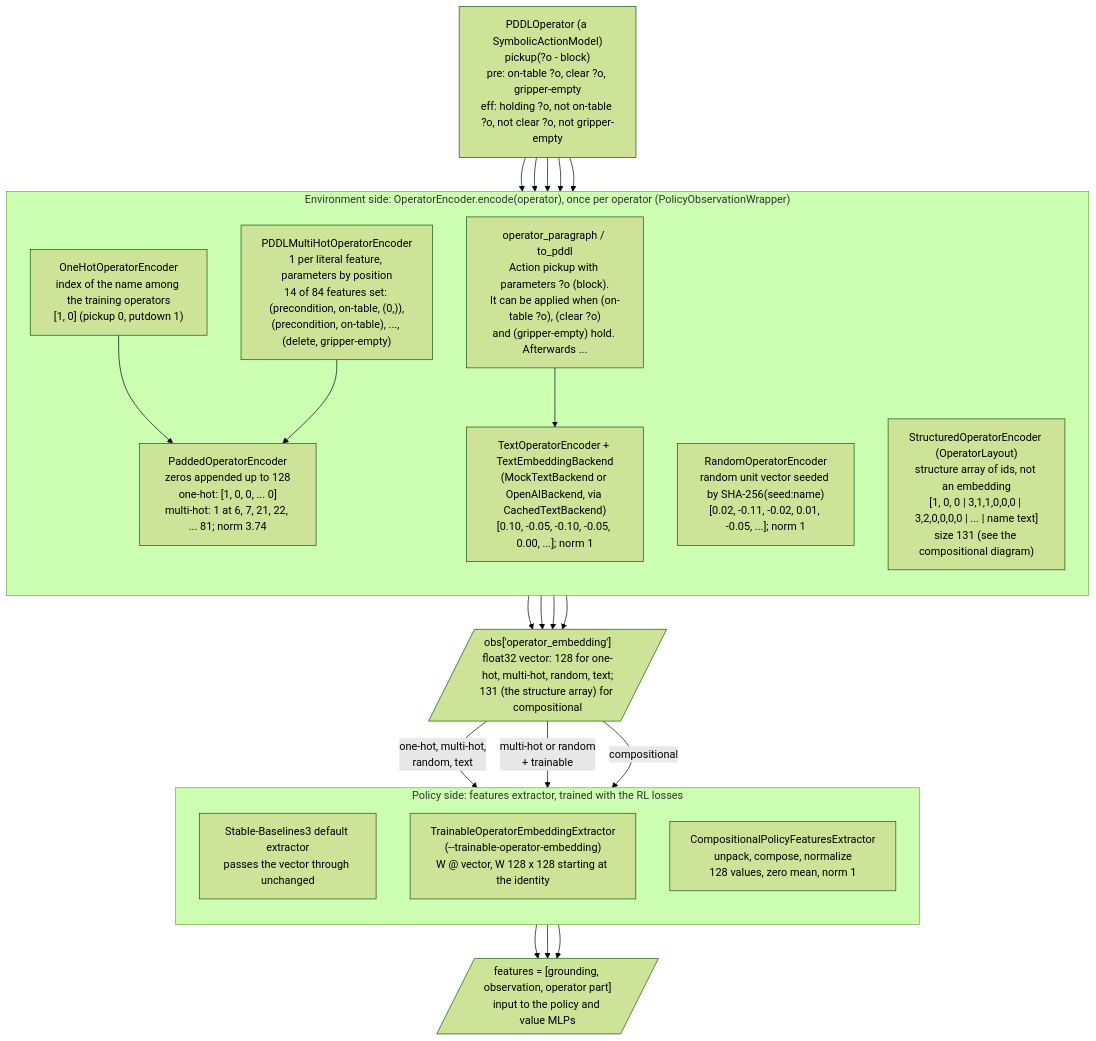
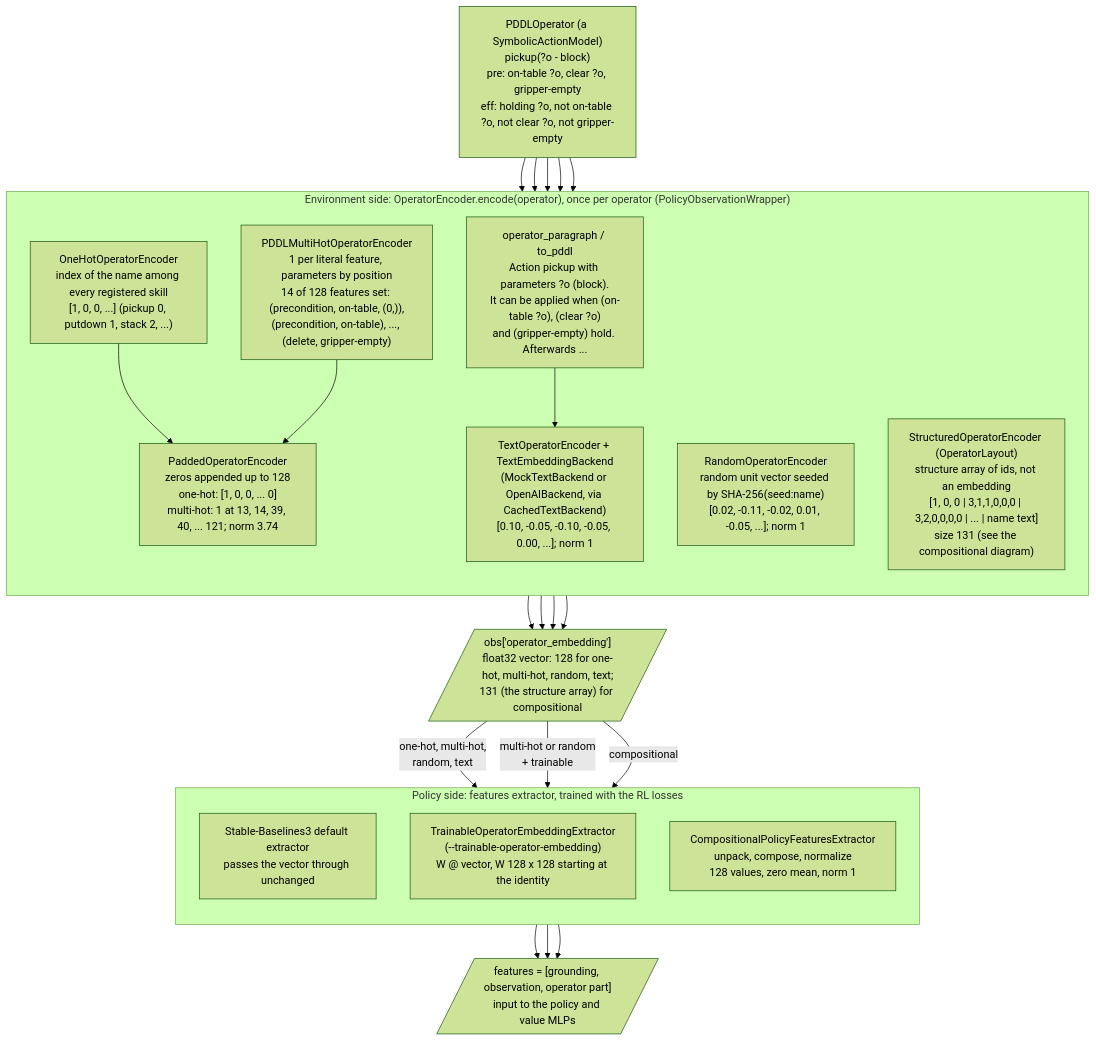
The first of 2 diagrams in docs/operator_embeddings.md (carwyn987/compositional_action_models), drawn with Mermaid (forest theme) before and after one commit. The commit also changed other lines of this file and 23 other files, not shown here.

````diff
--- a/docs/operator_embeddings.md
+++ b/docs/operator_embeddings.md
@@ -23,42 +23,42 @@
 ```mermaid
 flowchart TB
     op["PDDLOperator (a SymbolicActionModel)<br/>pickup(?o - block)<br/>pre: on-table ?o, clear ?o, gripper-empty<br/>eff: holding ?o, not on-table ?o, not clear ?o, not gripper-empty"]
 
     subgraph env["Environment side: OperatorEncoder.encode(operator), once per operator (PolicyObservationWrapper)"]
         direction TB
-        onehot["OneHotOperatorEncoder<br/>index of the name among the training operators<br/>[1, 0] (pickup 0, putdown 1)"]
-        multihot["PDDLMultiHotOperatorEncoder<br/>1 per literal feature, parameters by position<br/>14 of 84 features set: (precondition, on-table, (0,)),<br/>(precondition, on-table), ..., (delete, gripper-empty)"]
-        pad["PaddedOperatorEncoder<br/>zeros appended up to 128<br/>one-hot: [1, 0, 0, ... 0]<br/>multi-hot: 1 at 6, 7, 21, 22, ... 81; norm 3.74"]
+        onehot["OneHotOperatorEncoder<br/>index of the name among every registered skill<br/>[1, 0, 0, ...] (pickup 0, putdown 1, stack 2, ...)"]
+        multihot["PDDLMultiHotOperatorEncoder<br/>1 per literal feature, parameters by position<br/>14 of 128 features set: (precondition, on-table, (0,)),<br/>(precondition, on-table), ..., (delete, gripper-empty)"]
+        pad["PaddedOperatorEncoder<br/>zeros appended up to 128<br/>one-hot: [1, 0, 0, ... 0]<br/>multi-hot: 1 at 13, 14, 39, 40, ... 121; norm 3.74"]
         random["RandomOperatorEncoder<br/>random unit vector seeded by SHA-256(seed:name)<br/>[0.02, -0.11, -0.02, 0.01, -0.05, ...]; norm 1"]
         paragraph["operator_paragraph / to_pddl<br/>Action pickup with parameters ?o (block).<br/>It can be applied when (on-table ?o), (clear ?o)<br/>and (gripper-empty) hold. Afterwards ..."]
         text["TextOperatorEncoder + TextEmbeddingBackend<br/>(MockTextBackend or OpenAIBackend, via CachedTextBackend)<br/>[0.10, -0.05, -0.10, -0.05, 0.00, ...]; norm 1"]
         structured["StructuredOperatorEncoder (OperatorLayout)<br/>structure array of ids, not an embedding<br/>[1, 0, 0 | 3,1,1,0,0,0 | 3,2,0,0,0,0 | ... | name text]<br/>size 131 (see the compositional diagram)"]
     end
 
     obs[/"obs['operator_embedding']<br/>float32 vector: 128 for one-hot, multi-hot, random, text;<br/>131 (the structure array) for compositional"/]
 
     subgraph pol["Policy side: features extractor, trained with the RL losses"]
         direction TB
         default["Stable-Baselines3 default extractor<br/>passes the vector through unchanged"]
         trainable["TrainableOperatorEmbeddingExtractor<br/>(--trainable-operator-embedding)<br/>W @ vector, W 128 x 128 starting at the identity"]
         compositional["CompositionalPolicyFeaturesExtractor<br/>unpack, compose, normalize<br/>128 values, zero mean, norm 1"]
     end
 
     features[/"features = [grounding, observation, operator part]<br/>input to the policy and value MLPs"/]
 
     op --> onehot --> pad
     op --> multihot --> pad
     op --> random
     op --> paragraph --> text
     op --> structured
     pad --> obs
     random --> obs
     text --> obs
     structured --> obs
     obs -- "one-hot, multi-hot,<br/>random, text" --> default
     obs -- "multi-hot or random<br/>+ trainable" --> trainable
     obs -- "compositional" --> compositional
     default --> features
     trainable --> features
     compositional --> features
 ```
````
